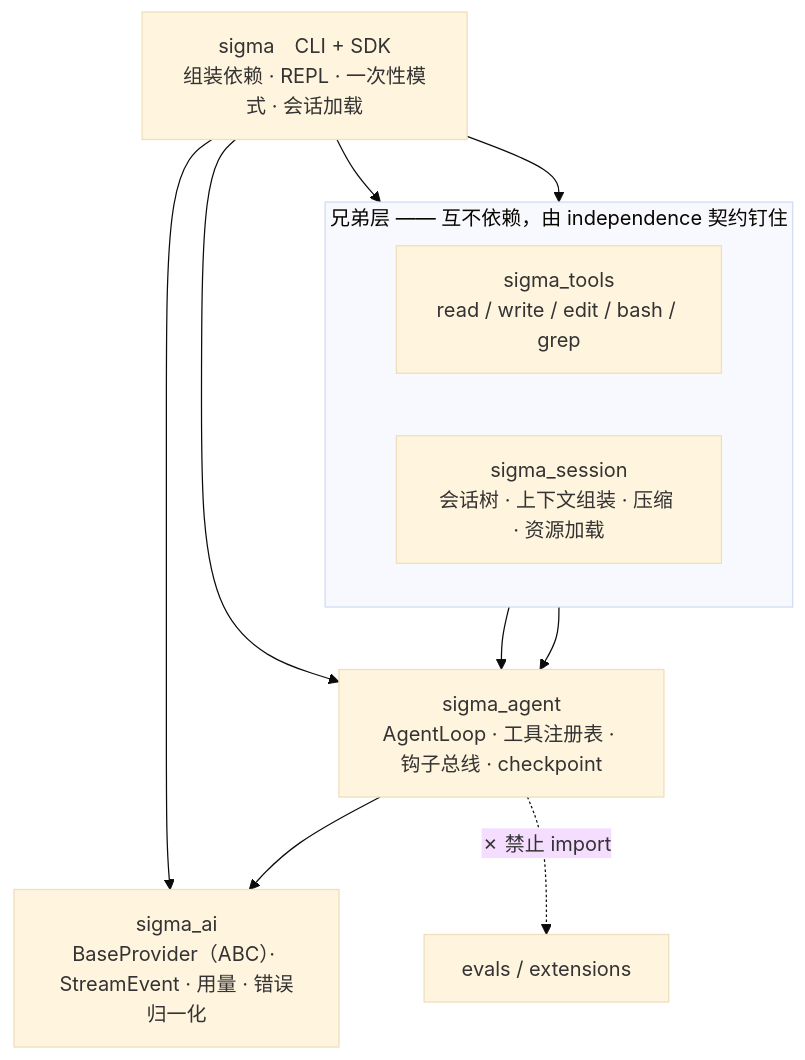
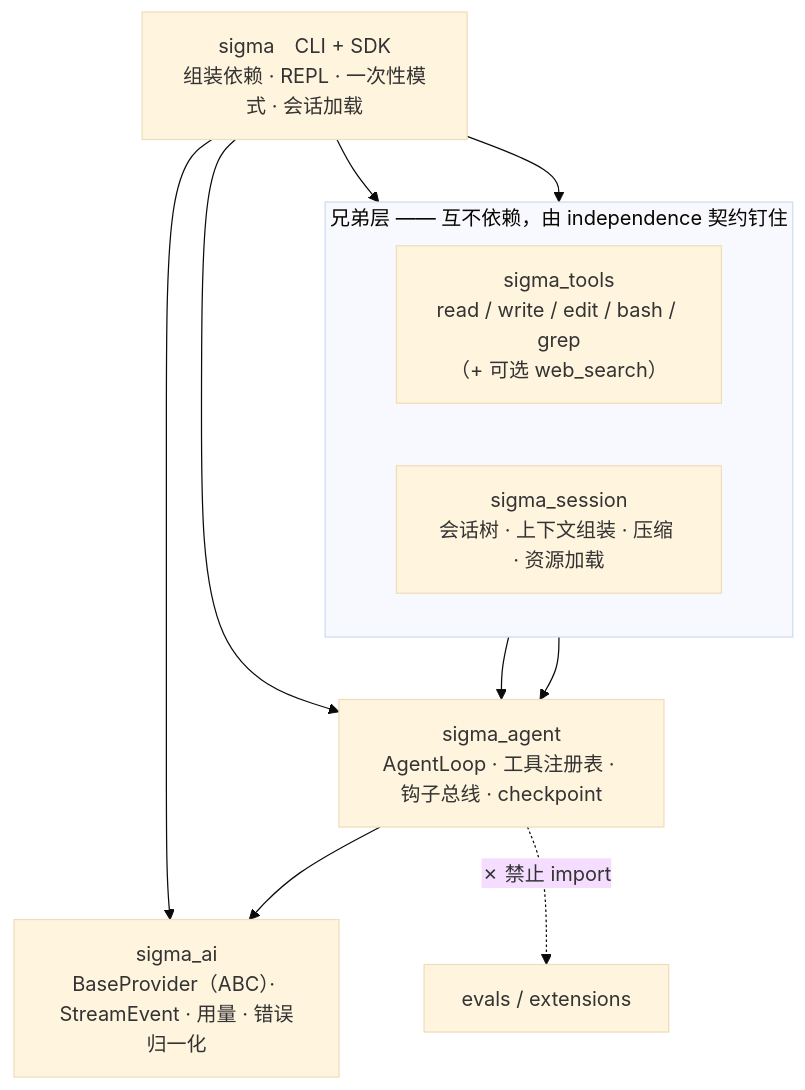
One commit to wind-001/sigma-coding-agent changed the first of 4 diagrams in docs/设计逻辑.md. Above: the diagram before and after it, drawn with Mermaid (base theme). The commit also changed other lines of this file and 11 other files, not shown here.

First line of the commit message:
批次 7：web_search 联网搜索工具（Tavily，可选位 + 额度硬闸）

````diff
--- a/docs/设计逻辑.md
+++ b/docs/设计逻辑.md
@@ -13,20 +13,20 @@
 ```mermaid
 flowchart TD
   CLI["sigma　CLI + SDK<br/>组装依赖 · REPL · 一次性模式 · 会话加载"]
   subgraph SIB["兄弟层 —— 互不依赖，由 independence 契约钉住"]
     direction LR
-    TOOLS["sigma_tools<br/>read / write / edit / bash / grep"]
+    TOOLS["sigma_tools<br/>read / write / edit / bash / grep<br/>（+ 可选 web_search）"]
     SESS["sigma_session<br/>会话树 · 上下文组装 · 压缩 · 资源加载"]
   end
   AGENT["sigma_agent<br/>AgentLoop · 工具注册表 · 钩子总线 · checkpoint"]
   AI["sigma_ai<br/>BaseProvider（ABC）· StreamEvent · 用量 · 错误归一化"]
   FORB["evals / extensions"]
   CLI --> TOOLS
   CLI --> SESS
   CLI --> AGENT
   CLI --> AI
   TOOLS --> AGENT
   SESS --> AGENT
   AGENT --> AI
   AGENT -.->|✗ 禁止 import| FORB
 ```
````
